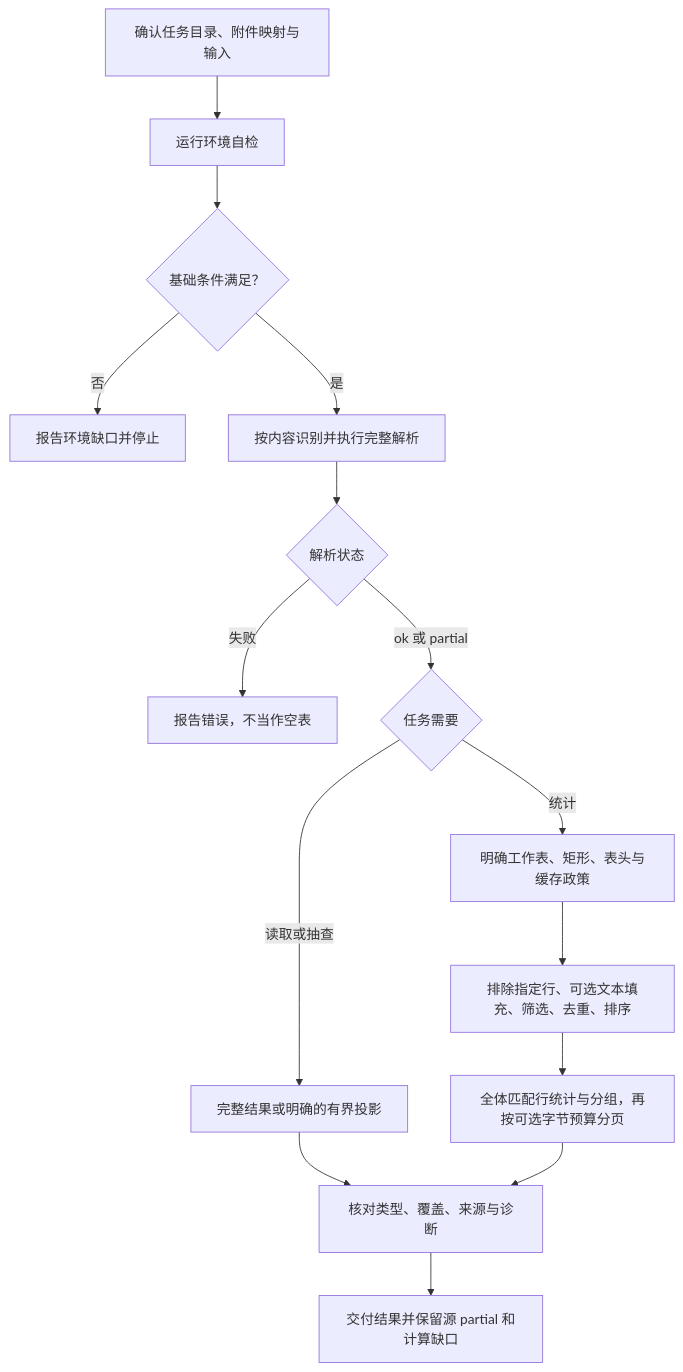
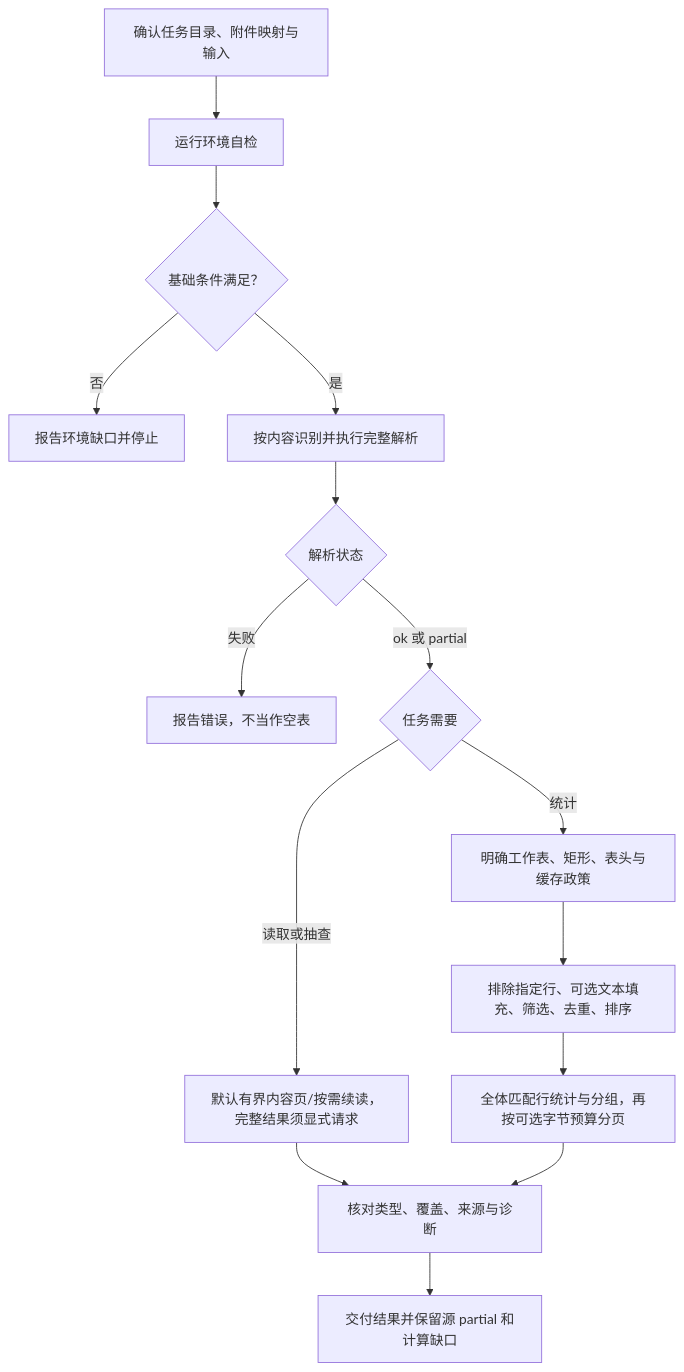
One commit to JohnParken/PSL-SKILLS changed the second of 2 diagrams in docs/skills/et.md. Above: the diagram before and after it, drawn with Mermaid. The commit also changed other lines of this file and 38 other files, not shown here.

````diff
--- a/docs/skills/et.md
+++ b/docs/skills/et.md
@@ -99,17 +103,17 @@
 ```mermaid
 flowchart TD
     A["确认任务目录、附件映射与输入"] --> B["运行环境自检"]
     B --> C{"基础条件满足？"}
     C -->|"否"| X["报告环境缺口并停止"]
     C -->|"是"| D["按内容识别并执行完整解析"]
     D --> E{"解析状态"}
     E -->|"失败"| Y["报告错误，不当作空表"]
     E -->|"ok 或 partial"| F{"任务需要"}
-    F -->|"读取或抽查"| G["完整结果或明确的有界投影"]
+    F -->|"读取或抽查"| G["默认有界内容页/按需续读，完整结果须显式请求"]
     F -->|"统计"| H["明确工作表、矩形、表头与缓存政策"]
     H --> I["排除指定行、可选文本填充、筛选、去重、排序"]
     I --> J["全体匹配行统计与分组，再按可选字节预算分页"]
     G --> K["核对类型、覆盖、来源与诊断"]
     J --> K
     K --> L["交付结果并保留源 partial 和计算缺口"]
 ```
````
